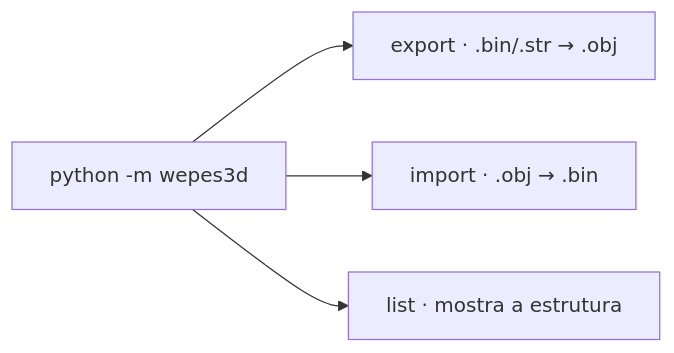
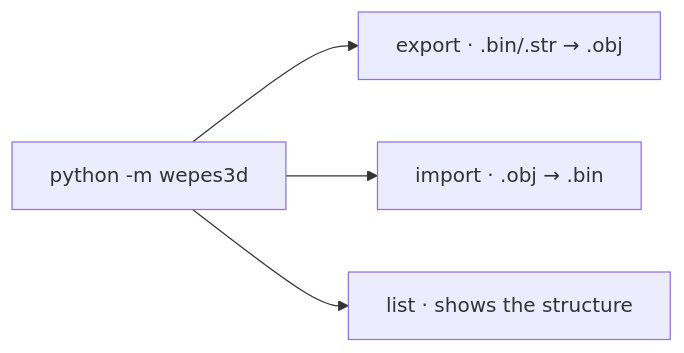
One commit to FVitor7/wepes3d changed the first of 3 diagrams in README.md. Above: the diagram before and after it, drawn with Mermaid. The commit also changed other lines of this file and 30 other files, not shown here.

````diff
--- a/README.md
+++ b/README.md
@@ -35,6 +36,6 @@
 ```mermaid
 flowchart LR
     CLI["python -m wepes3d"] --> E["export · .bin/.str → .obj"]
     CLI --> I["import · .obj → .bin"]
-    CLI --> L["list · mostra a estrutura"]
+    CLI --> L["list · shows the structure"]
 ```
````
